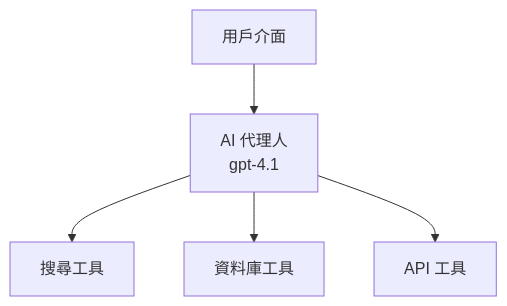
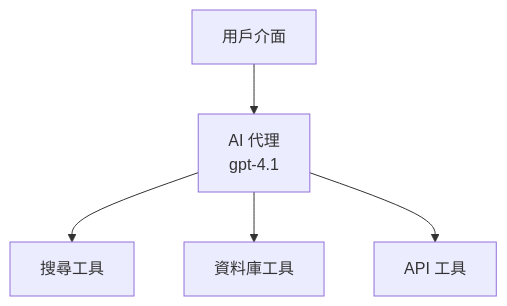
The first of 3 diagrams in translations/zh-HK/docs/chapter-02-ai-development/agents.md (microsoft/AZD-for-beginners), drawn with Mermaid before and after one commit. The commit also changed other lines of this file and 61 other files, not shown here.

````diff
--- a/translations/zh-HK/docs/chapter-02-ai-development/agents.md
+++ b/translations/zh-HK/docs/chapter-02-ai-development/agents.md
@@ -162,7 +162,7 @@
 ```mermaid
 graph TD
-    UI[用戶介面] --> Agent[AI 代理人<br/>gpt-4.1]
+    UI[用戶介面] --> Agent[AI 代理<br/>gpt-4.1]
     Agent --> Search[搜尋工具]
     Agent --> Database[資料庫工具]
     Agent --> API[API 工具]
 ```
````
